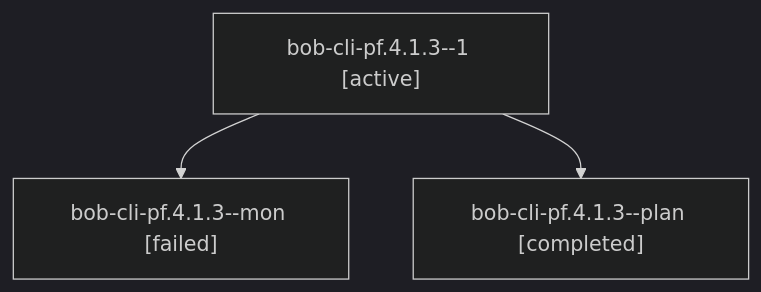
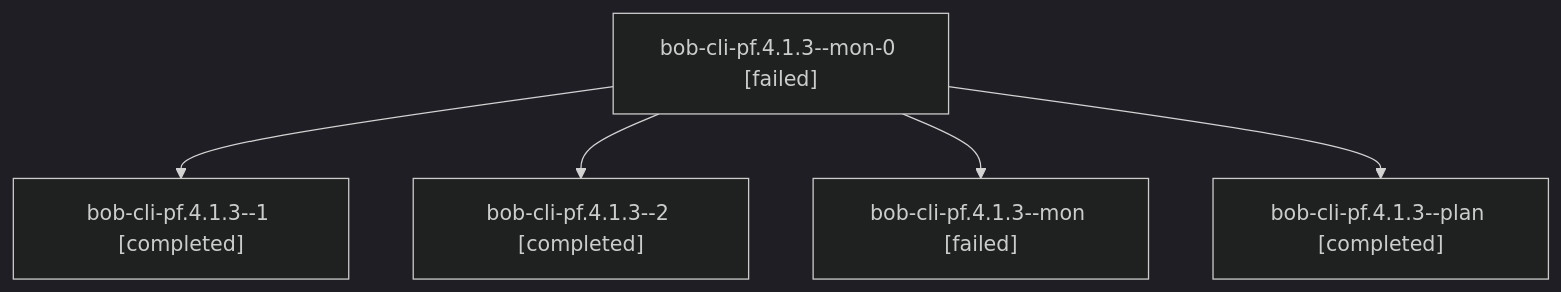
The diagram in sessions/bbugyi200.apollo.bob-cli-pf.4.1.3.md (bobs-org/bob-cli--agents), drawn with Mermaid (dark theme) before and after one commit. The commit also changed other lines of this file and 101 other files, not shown here.

````diff
--- a/sessions/bbugyi200.apollo.bob-cli-pf.4.1.3.md
+++ b/sessions/bbugyi200.apollo.bob-cli-pf.4.1.3.md
@@ -9,8 +9,12 @@
 ```mermaid
 flowchart TD
-  n0["bob-cli-pf.4.1.3--1 [active]"]
-  n1["bob-cli-pf.4.1.3--mon [failed]"]
+  n0["bob-cli-pf.4.1.3--mon-0 [failed]"]
+  n1["bob-cli-pf.4.1.3--1 [completed]"]
   n0 --> n1
-  n2["bob-cli-pf.4.1.3--plan [completed]"]
+  n2["bob-cli-pf.4.1.3--2 [completed]"]
   n0 --> n2
+  n3["bob-cli-pf.4.1.3--mon [failed]"]
+  n0 --> n3
+  n4["bob-cli-pf.4.1.3--plan [completed]"]
+  n0 --> n4
 ```
````
